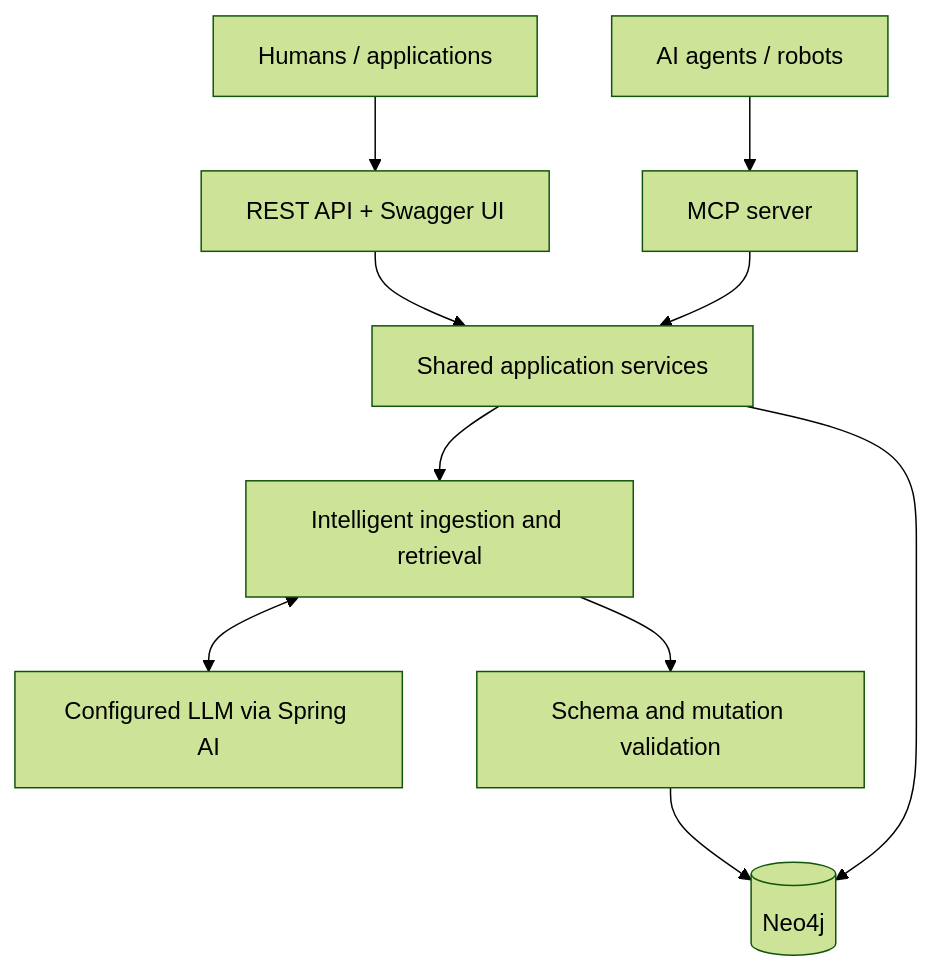
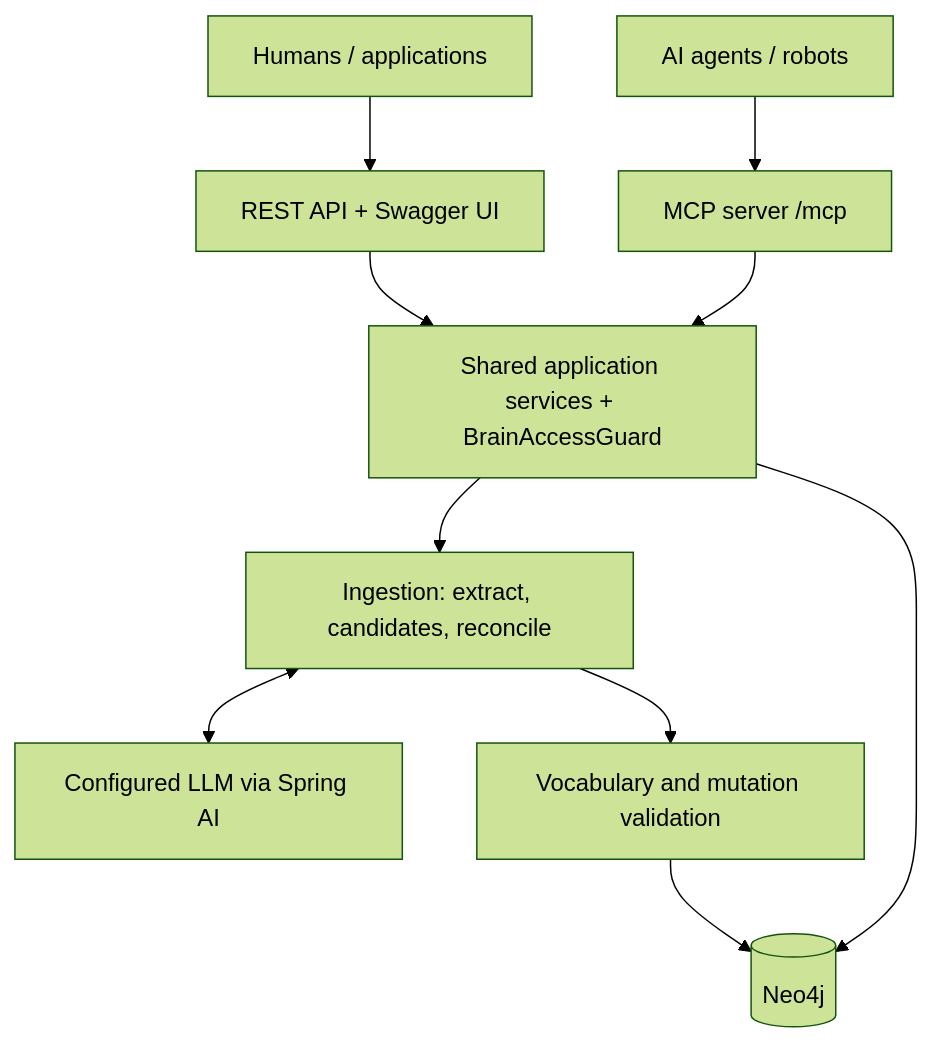
Before and after one commit to deepakdev9797/graph-spindle: the diagram in README.md, drawn with Mermaid (forest theme). The commit also changed other lines of this file and 15 other files, not shown here.

````diff
--- a/README.md
+++ b/README.md
@@ -24,12 +16,12 @@
 ```mermaid
 flowchart TD
     A[Humans / applications] --> R[REST API + Swagger UI]
-    B[AI agents / robots] --> M[MCP server]
-    R --> S[Shared application services]
+    B[AI agents / robots] --> M[MCP server /mcp]
+    R --> S[Shared application services + BrainAccessGuard]
     M --> S
-    S --> I[Intelligent ingestion and retrieval]
+    S --> I[Ingestion: extract, candidates, reconcile]
     I <--> L[Configured LLM via Spring AI]
-    I --> V[Schema and mutation validation]
+    I --> V[Vocabulary and mutation validation]
     V --> N[(Neo4j)]
     S --> N
 ```
````
